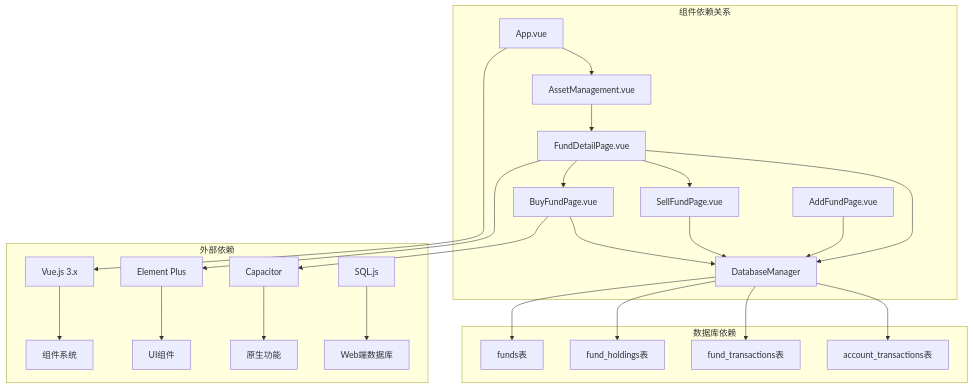
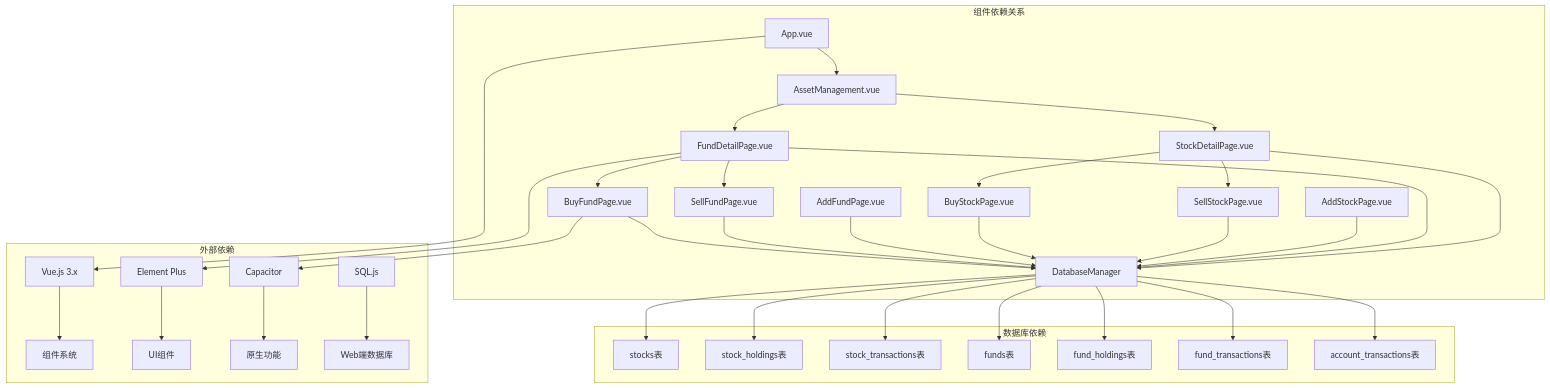
Before and after one commit to xiao-lin-unit/yuan: diagram 11 of 11 in .qoder/repowiki/zh/content/资产管理/基金管理.md, drawn with Mermaid. The commit also changed other lines of this file and 37 other files, not shown here.

````diff
--- a/.qoder/repowiki/zh/content/资产管理/基金管理.md
+++ b/.qoder/repowiki/zh/content/资产管理/基金管理.md
@@ -435,28 +670,38 @@
 ```mermaid
 graph TB
 subgraph "组件依赖关系"
 App[App.vue] --> Asset[AssetManagement.vue]
 Asset --> FundDetail[FundDetailPage.vue]
+Asset --> StockDetail[StockDetailPage.vue]
 FundDetail --> BuyFund[BuyFundPage.vue]
 FundDetail --> SellFund[SellFundPage.vue]
+StockDetail --> BuyStock[BuyStockPage.vue]
+StockDetail --> SellStock[SellStockPage.vue]
 BuyFund --> DB[DatabaseManager]
 SellFund --> DB
 AddFund[AddFundPage.vue] --> DB
+BuyStock --> DB
+SellStock --> DB
+AddStock[AddStockPage.vue] --> DB
 FundDetail --> DB
+StockDetail --> DB
 end
 subgraph "数据库依赖"
+DB --> Stocks[stocks表]
+DB --> StockHoldings[stock_holdings表]
+DB --> StockTransactions[stock_transactions表]
 DB --> Funds[funds表]
-DB --> Holdings[fund_holdings表]
-DB --> Transactions[fund_transactions表]
+DB --> FundHoldings[fund_holdings表]
+DB --> FundTransactions[fund_transactions表]
 DB --> AccountTransactions[account_transactions表]
 end
 subgraph "外部依赖"
 Vue[Vue.js 3.x] --> Components[组件系统]
 ElementPlus[Element Plus] --> UIComponents[UI组件]
 Capacitor[Capacitor] --> Native[原生功能]
 SQL.js[SQL.js] --> Web[Web端数据库]
 end
 App --> Vue
 FundDetail --> ElementPlus
 BuyFund --> Capacitor
 ```
````
